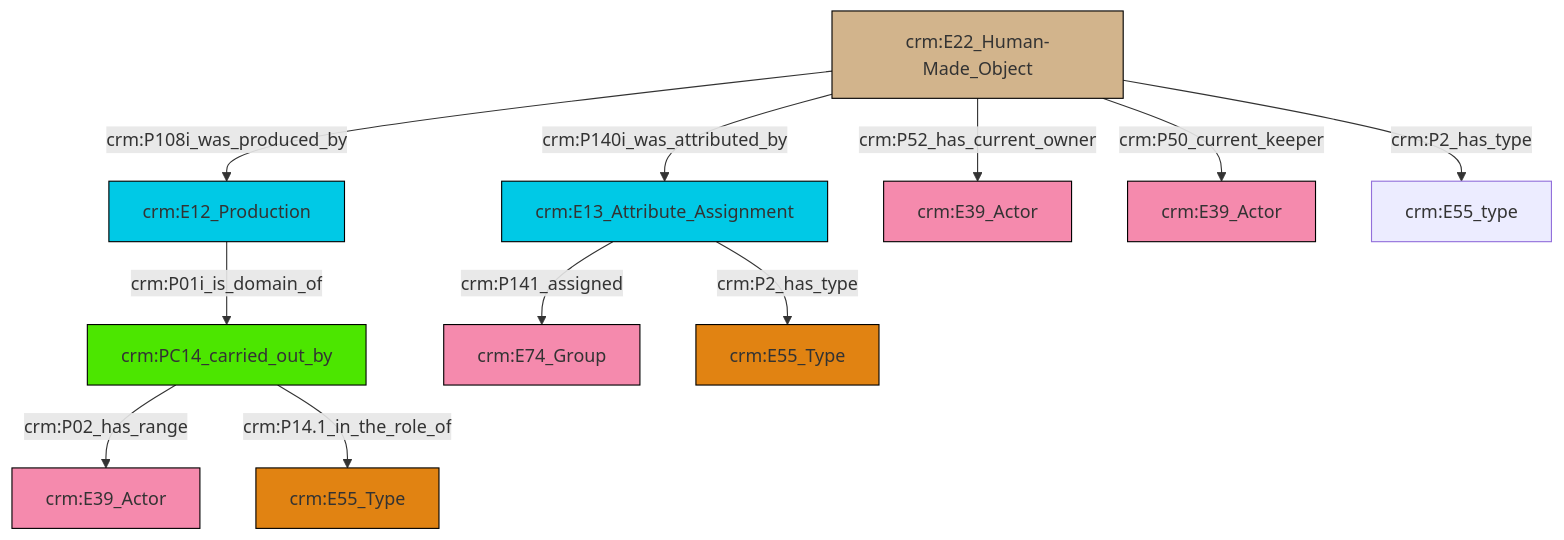
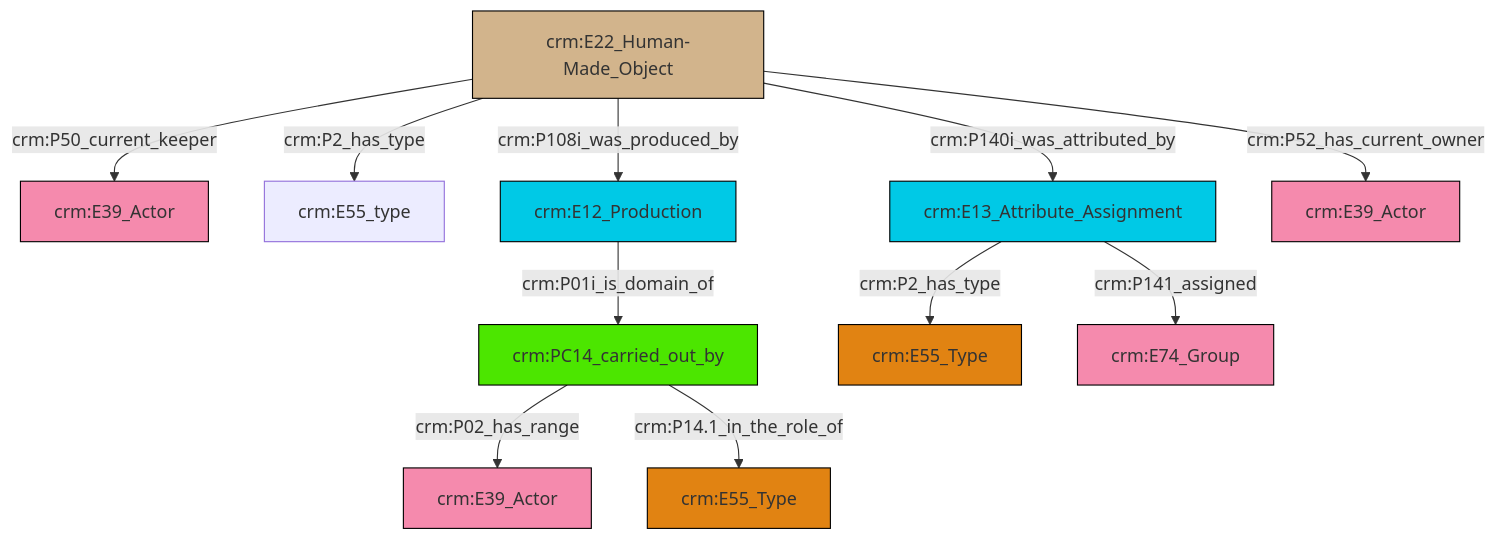
Before and after one commit to swiss-art-research-net/docs.swissartresearch: the diagram in et/artworkCSV/ttl/mmd/Artwork_Actor_Relations.ttl.mmd, drawn with Mermaid. The commit also changed 176 other files, not shown here.

```diff
--- a/et/artworkCSV/ttl/mmd/Artwork_Actor_Relations.ttl.mmd
+++ b/et/artworkCSV/ttl/mmd/Artwork_Actor_Relations.ttl.mmd
@@ -1,25 +1,25 @@
 graph TD
 classDef Literal fill:#f2f2f2,stroke:#000000;
 classDef CRM_Entity fill:#FFFFFF,stroke:#000000;
 classDef Temporal_Entity fill:#00C9E6, stroke:#000000;
 classDef Type fill:#E18312, stroke:#000000;
 classDef Time-Span fill:#2C9C91, stroke:#000000;
 classDef Appellation fill:#FFEB7F, stroke:#000000;
 classDef Place fill:#008836, stroke:#000000;
 classDef Persistent_Item fill:#B266B2, stroke:#000000;
 classDef Conceptual_Object fill:#FFD700, stroke:#000000;
 classDef Physical_Thing fill:#D2B48C, stroke:#000000;
 classDef Actor fill:#f58aad, stroke:#000000;
 classDef PC_Classes fill:#4ce600, stroke:#000000;
 classDef Multi fill:#cccccc,stroke:#000000;
 
 0["crm:PC14_carried_out_by"]:::PC_Classes -->|crm:P02_has_range| 1["crm:E39_Actor"]:::Actor
-2["crm:E22_Human-Made_Object"]:::Physical_Thing -->|crm:P108i_was_produced_by| 3["crm:E12_Production"]:::Temporal_Entity
-2["crm:E22_Human-Made_Object"]:::Physical_Thing -->|crm:P52_has_current_owner| 9["crm:E39_Actor"]:::Actor
-2["crm:E22_Human-Made_Object"]:::Physical_Thing -->|crm:P140i_was_attributed_by| 5["crm:E13_Attribute_Assignment"]:::Temporal_Entity
-2["crm:E22_Human-Made_Object"]:::Physical_Thing -->|crm:P2_has_type| 13["crm:E55_type"]:::Default
-2["crm:E22_Human-Made_Object"]:::Physical_Thing -->|crm:P50_current_keeper| 10["crm:E39_Actor"]:::Actor
-3["crm:E12_Production"]:::Temporal_Entity -->|crm:P01i_is_domain_of| 0["crm:PC14_carried_out_by"]:::PC_Classes
-0["crm:PC14_carried_out_by"]:::PC_Classes -->|crm:P14.1_in_the_role_of| 16["crm:E55_Type"]:::Type
-5["crm:E13_Attribute_Assignment"]:::Temporal_Entity -->|crm:P2_has_type| 18["crm:E55_Type"]:::Type
-5["crm:E13_Attribute_Assignment"]:::Temporal_Entity -->|crm:P141_assigned| 7["crm:E74_Group"]:::Actor
+6["crm:E22_Human-Made_Object"]:::Physical_Thing -->|crm:P2_has_type| 7["crm:E55_type"]:::Default
+6["crm:E22_Human-Made_Object"]:::Physical_Thing -->|crm:P108i_was_produced_by| 12["crm:E12_Production"]:::Temporal_Entity
+6["crm:E22_Human-Made_Object"]:::Physical_Thing -->|crm:P140i_was_attributed_by| 15["crm:E13_Attribute_Assignment"]:::Temporal_Entity
+15["crm:E13_Attribute_Assignment"]:::Temporal_Entity -->|crm:P141_assigned| 19["crm:E74_Group"]:::Actor
+6["crm:E22_Human-Made_Object"]:::Physical_Thing -->|crm:P52_has_current_owner| 17["crm:E39_Actor"]:::Actor
+12["crm:E12_Production"]:::Temporal_Entity -->|crm:P01i_is_domain_of| 0["crm:PC14_carried_out_by"]:::PC_Classes
+6["crm:E22_Human-Made_Object"]:::Physical_Thing -->|crm:P50_current_keeper| 4["crm:E39_Actor"]:::Actor
+15["crm:E13_Attribute_Assignment"]:::Temporal_Entity -->|crm:P2_has_type| 10["crm:E55_Type"]:::Type
+0["crm:PC14_carried_out_by"]:::PC_Classes -->|crm:P14.1_in_the_role_of| 8["crm:E55_Type"]:::Type
```
